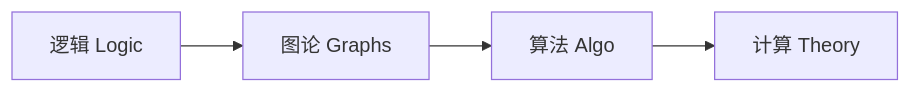
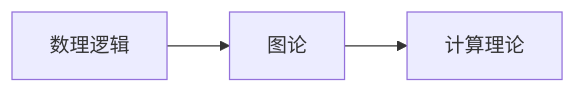
The diagram in topics/cs-theory/README.md (huangyongliang/tech-notes), drawn with Mermaid before and after one commit. The commit also changed other lines of this file and 8 other files, not shown here.

````diff
--- a/topics/cs-theory/README.md
+++ b/topics/cs-theory/README.md
@@ -16,4 +18,4 @@
 ```mermaid
 flowchart LR
-  A[逻辑 Logic] --> B[图论 Graphs] --> C[算法 Algo] --> D[计算 Theory]
+  A[数理逻辑] --> B[图论] --> C[计算理论]
 ```
````
